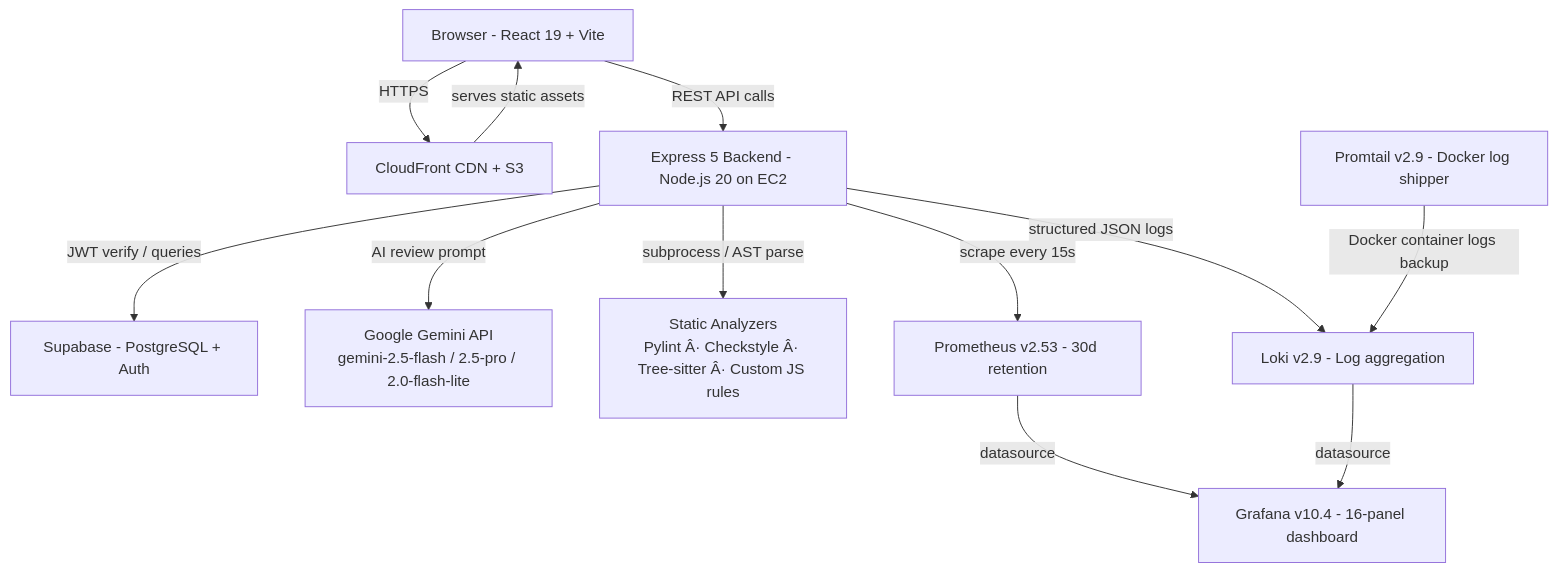
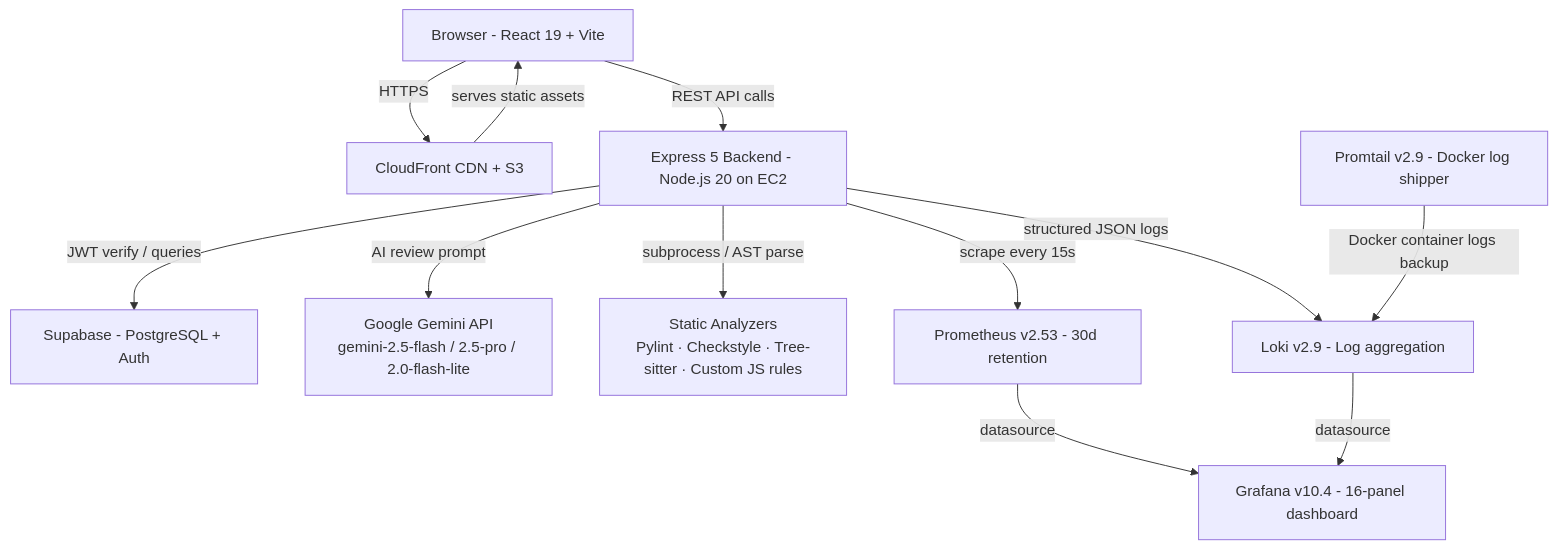
One commit to Dakshh-Agarwal/DevGuard-AI changed the first of 3 diagrams in docs/ARCHITECTURE.md. Above: the diagram before and after it, drawn with Mermaid. The commit also changed other lines of this file and 5 other files, not shown here.

````diff
--- a/docs/ARCHITECTURE.md
+++ b/docs/ARCHITECTURE.md
@@ -5,25 +5,25 @@
 ```mermaid
 graph TD
     Browser["Browser - React 19 + Vite"]
     CloudFront["CloudFront CDN + S3"]
     Backend["Express 5 Backend - Node.js 20 on EC2"]
     Supabase["Supabase - PostgreSQL + Auth"]
     Gemini["Google Gemini API\ngemini-2.5-flash / 2.5-pro / 2.0-flash-lite"]
-    StaticTools["Static Analyzers\nPylint Â· Checkstyle Â· Tree-sitter Â· Custom JS rules"]
+    StaticTools["Static Analyzers\nPylint · Checkstyle · Tree-sitter · Custom JS rules"]
     Prometheus["Prometheus v2.53 - 30d retention"]
     Loki["Loki v2.9 - Log aggregation"]
     Promtail["Promtail v2.9 - Docker log shipper"]
     Grafana["Grafana v10.4 - 16-panel dashboard"]
 
     Browser -->|HTTPS| CloudFront
     CloudFront -->|serves static assets| Browser
     Browser -->|REST API calls| Backend
     Backend -->|JWT verify / queries| Supabase
     Backend -->|AI review prompt| Gemini
     Backend -->|subprocess / AST parse| StaticTools
     Backend -->|scrape every 15s| Prometheus
     Backend -->|structured JSON logs| Loki
     Promtail -->|Docker container logs backup| Loki
     Prometheus -->|datasource| Grafana
     Loki -->|datasource| Grafana
 ```
````
